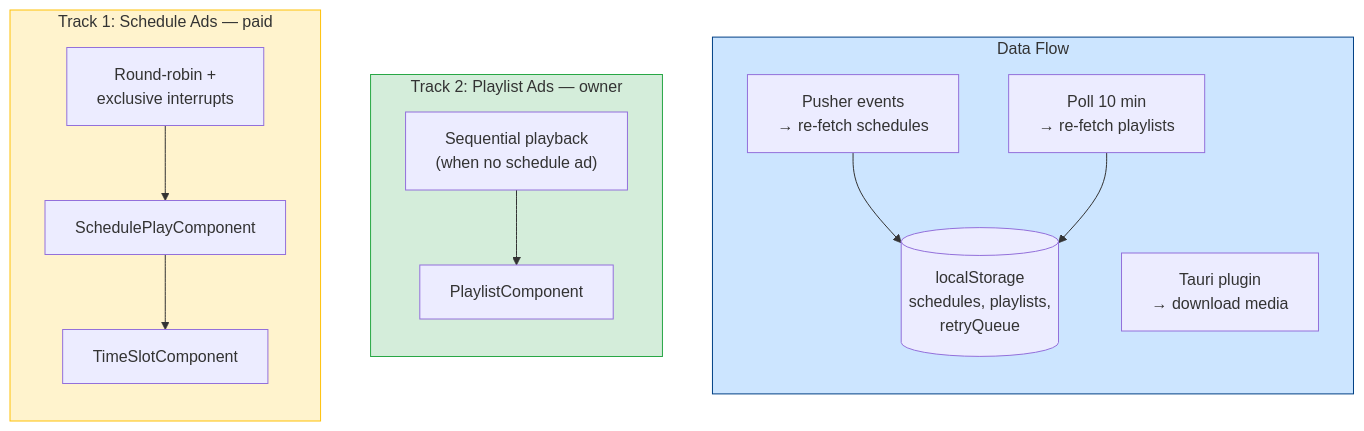
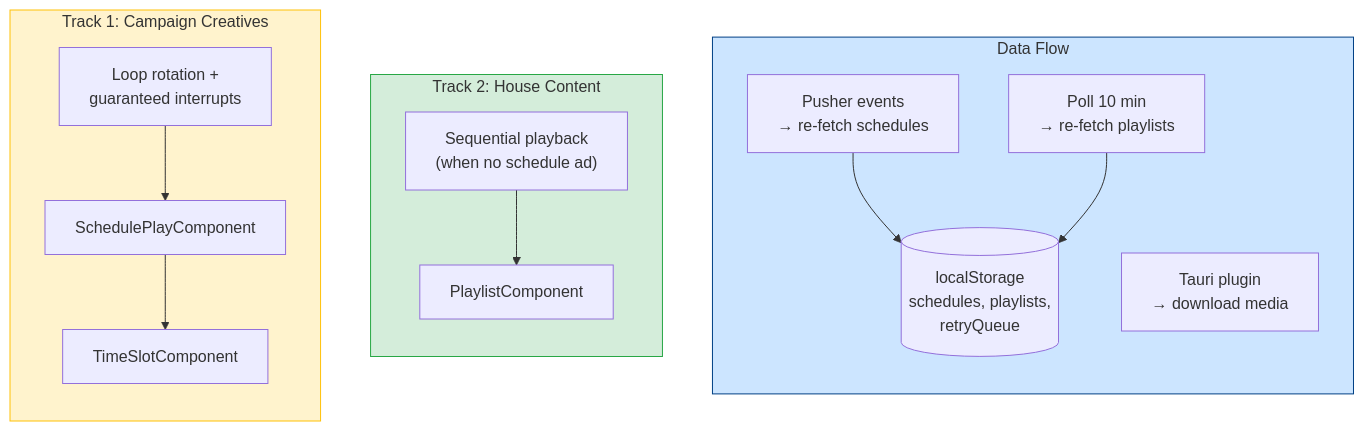
The diagram in scripts/diagrams/03-2-player-architecture.mmd (wasikarn/jira-generator), drawn with Mermaid before and after one commit. The commit also changed 6 other files, not shown here.

First line of the commit message:
feat: align architecture docs with DOOH industry terminology + add pDOOH roadmap

```diff
--- a/scripts/diagrams/03-2-player-architecture.mmd
+++ b/scripts/diagrams/03-2-player-architecture.mmd
@@ -1,27 +1,27 @@
 flowchart LR
-    subgraph T1["Track 1: Schedule Ads — paid"]
+    subgraph T1["Track 1: Campaign Creatives"]
         direction TB
-        S1["Round-robin +<br/>exclusive interrupts"]
+        S1["Loop rotation +<br/>guaranteed interrupts"]
         S2["SchedulePlayComponent"]
         S3["TimeSlotComponent"]
         S1 --> S2 --> S3
     end
-    subgraph T2["Track 2: Playlist Ads — owner"]
+    subgraph T2["Track 2: House Content"]
         direction TB
         P1["Sequential playback<br/>(when no schedule ad)"]
         P2["PlaylistComponent"]
         P1 --> P2
     end
     subgraph DF["Data Flow"]
         direction TB
         D1["Pusher events<br/>→ re-fetch schedules"]
         D2["Poll 10 min<br/>→ re-fetch playlists"]
         D3[("localStorage<br/>schedules, playlists,<br/>retryQueue")]
         D4["Tauri plugin<br/>→ download media"]
         D1 & D2 --> D3
     end
     T1 ~~~ T2
     T2 ~~~ DF
     style T1 fill:#fff3cd,stroke:#ffc107
     style T2 fill:#d4edda,stroke:#28a745
     style DF fill:#cce5ff,stroke:#004085
```
